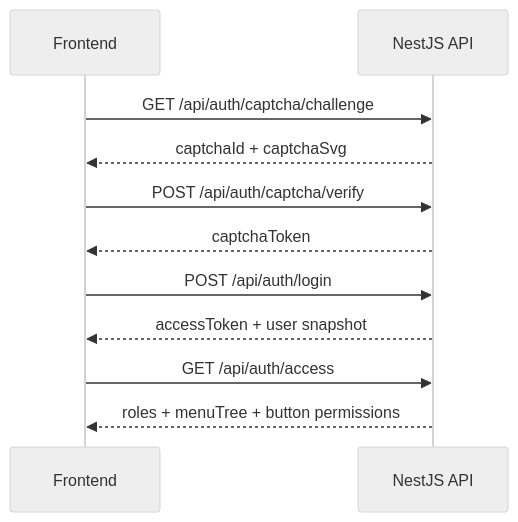
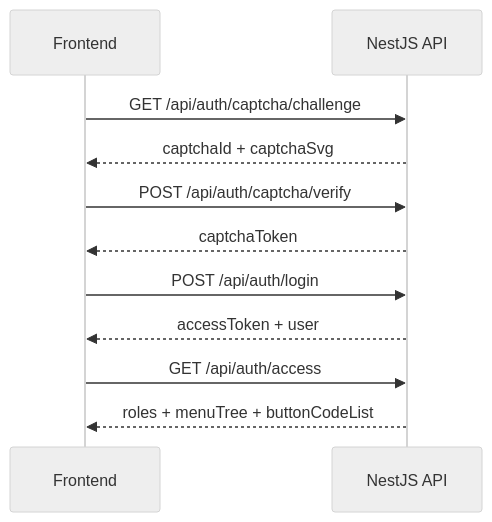
Before and after one commit to Liu-code3/luckyColor-docs: the diagram in api/spec.md, drawn with Mermaid (neutral theme). The commit also changed other lines of this file and 19 other files, not shown here.

````diff
--- a/api/spec.md
+++ b/api/spec.md
@@ -112,14 +163,14 @@
 ```mermaid
 sequenceDiagram
     participant UI as Frontend
     participant API as NestJS API
 
     UI->>API: GET /api/auth/captcha/challenge
     API-->>UI: captchaId + captchaSvg
     UI->>API: POST /api/auth/captcha/verify
     API-->>UI: captchaToken
     UI->>API: POST /api/auth/login
-    API-->>UI: accessToken + user snapshot
+    API-->>UI: accessToken + user
     UI->>API: GET /api/auth/access
-    API-->>UI: roles + menuTree + button permissions
+    API-->>UI: roles + menuTree + buttonCodeList
 ```
````
